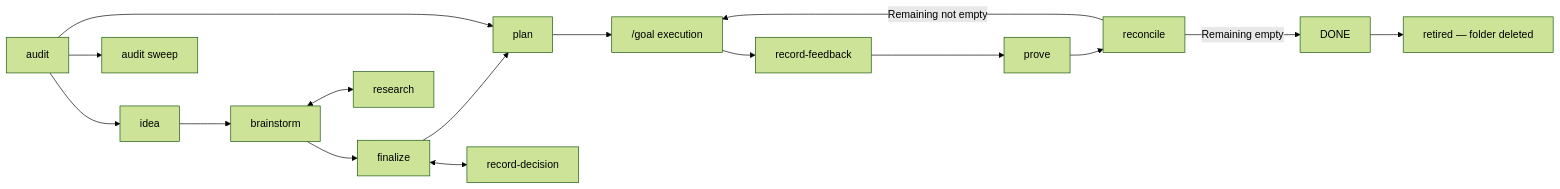
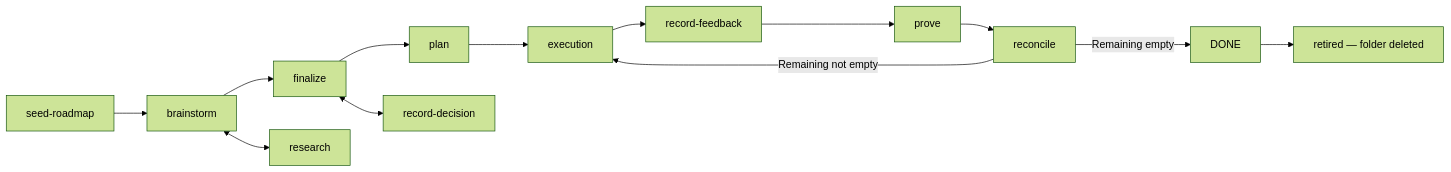
Before and after one commit to tailrocks/tailrocks-skills: the second of 2 diagrams in docs/content/docs/choosing.mdx, drawn with Mermaid (forest theme). The commit also changed other lines of this file and 1215 other files, not shown here.

````diff
--- a/docs/content/docs/choosing.mdx
+++ b/docs/content/docs/choosing.mdx
@@ -329,11 +427,9 @@
 ```mermaid
 flowchart LR
-  audit --> idea --> brainstorm --> finalize --> plan --> exec["/goal execution"]
+  seed["seed-roadmap"] --> brainstorm --> finalize --> plan --> exec["execution"]
   exec --> feedback["record-feedback"] --> prove --> reconcile
   reconcile -->|Remaining not empty| exec
   reconcile -->|Remaining empty| done["DONE"] --> retire["retired — folder deleted"]
-  audit --> plan
-  audit --> sweep["audit sweep"]
   brainstorm <--> research
   finalize <--> decision["record-decision"]
 ```
````
